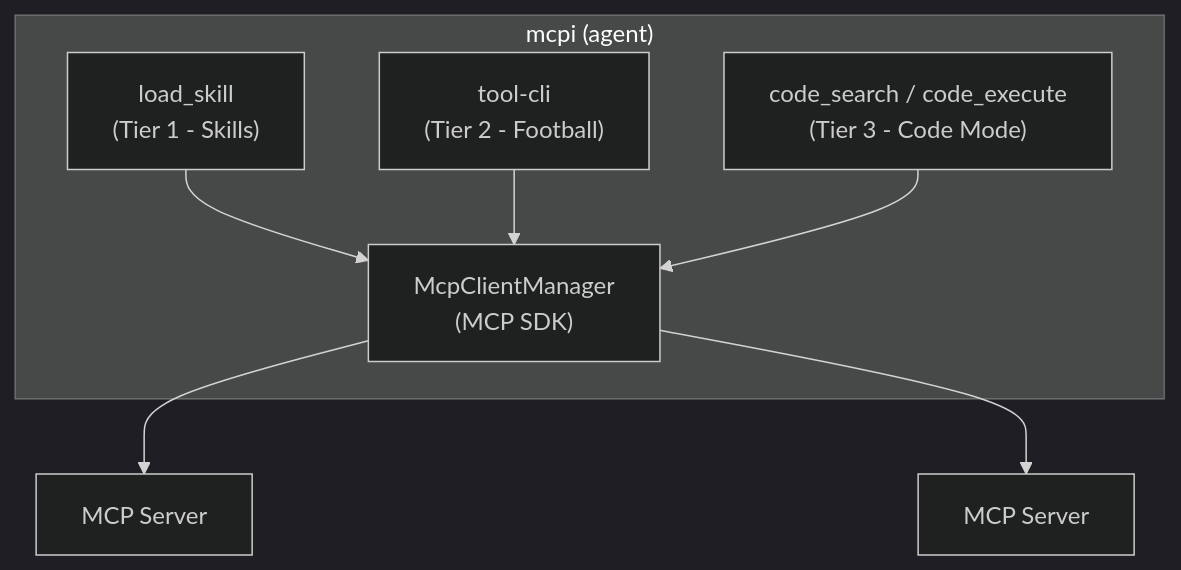
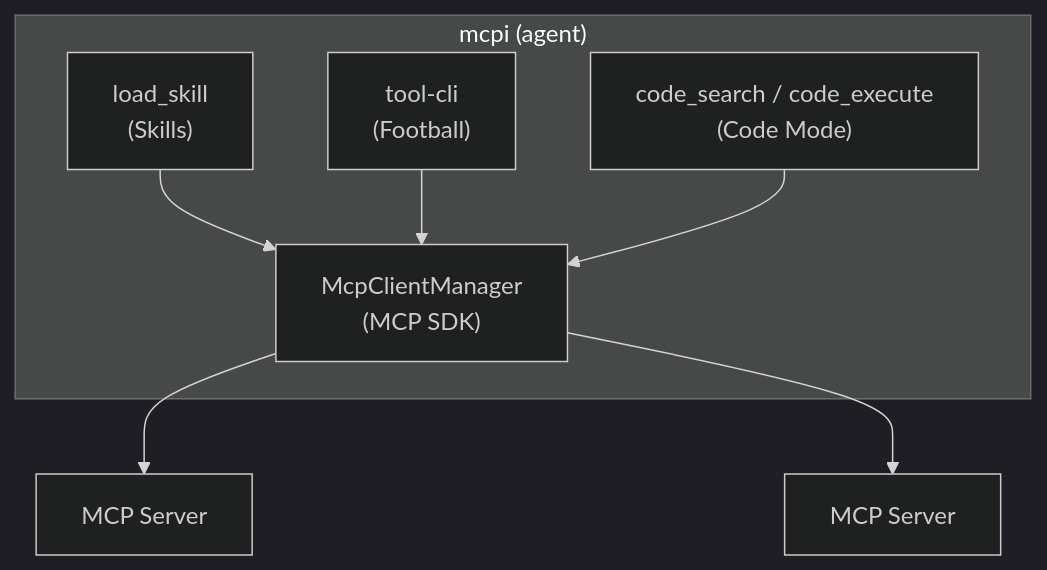
One commit to SamMorrowDrums/cv changed the diagram in _blog/progressive-discovery-in-mcp-part-5.md. Above: the diagram before and after it, drawn with Mermaid (dark theme). The commit also changed other lines of this file, not shown here.

````diff
--- a/_blog/progressive-discovery-in-mcp-part-5.md
+++ b/_blog/progressive-discovery-in-mcp-part-5.md
@@ -47,14 +49,14 @@
 ```mermaid
 flowchart TD
     subgraph mcpi["mcpi (agent)"]
-        T1["load_skill<br/>(Tier 1 - Skills)"]
-        T2["tool-cli<br/>(Tier 2 - Football)"]
-        T3["code_search / code_execute<br/>(Tier 3 - Code Mode)"]
+        T1["load_skill<br/>(Skills)"]
+        T2["tool-cli<br/>(Football)"]
+        T3["code_search / code_execute<br/>(Code Mode)"]
         MCM["McpClientManager<br/>(MCP SDK)"]
         T1 --> MCM
         T2 --> MCM
         T3 --> MCM
     end
     MCM --> S1["MCP Server"]
     MCM --> S2["MCP Server"]
 ```
````
